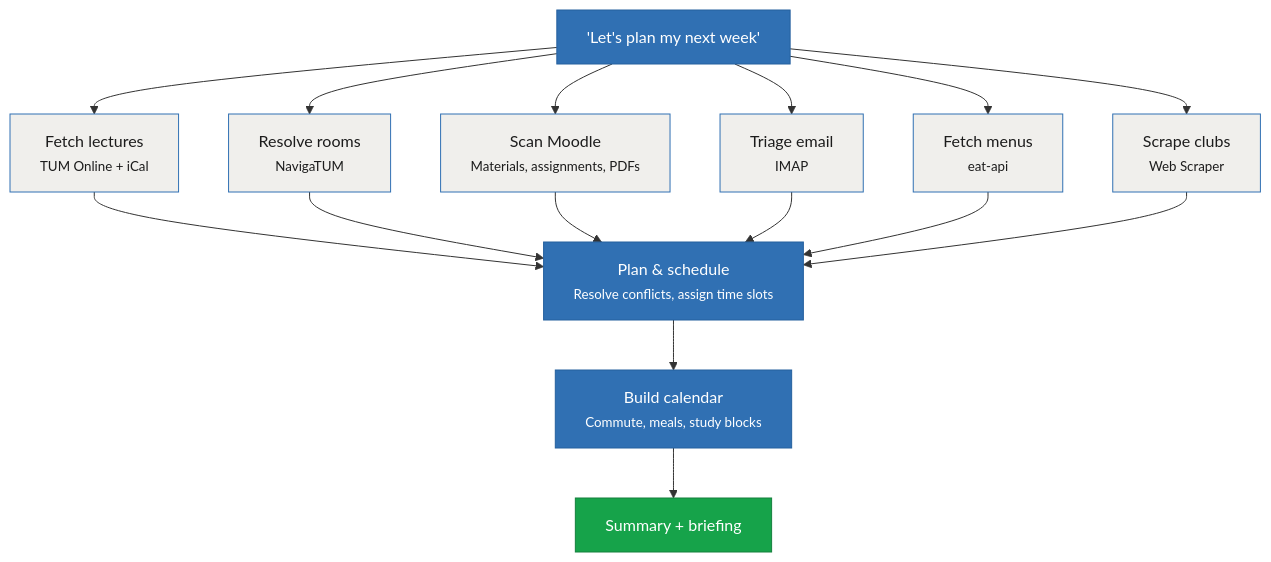
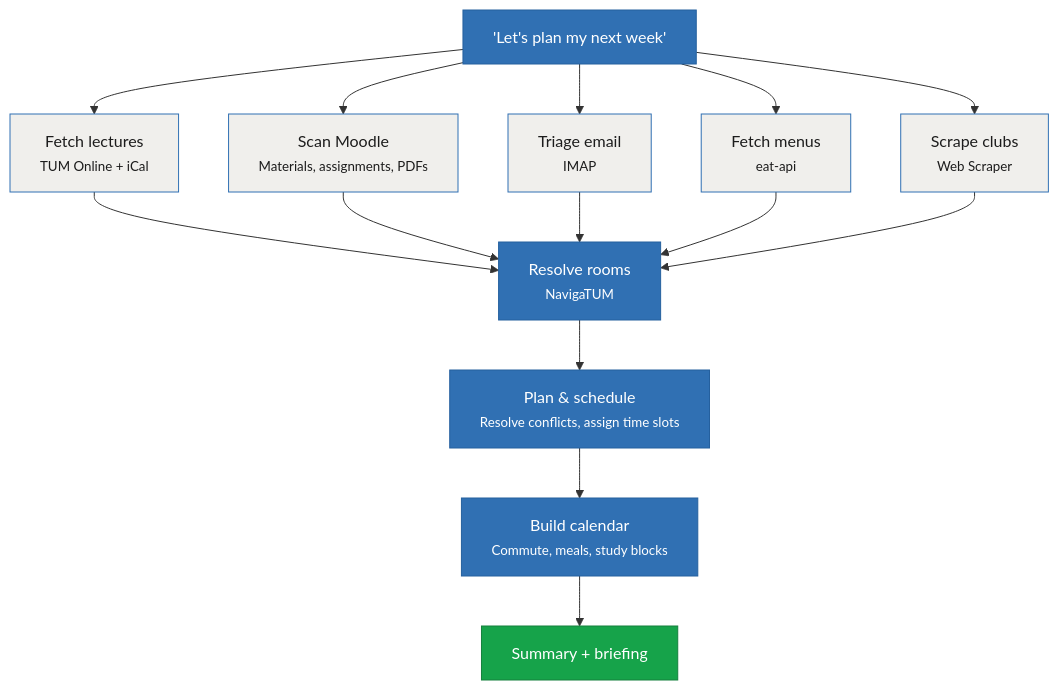
The second of 13 diagrams in pitch-deck/slides.md (neuromaxer/AssisTUM), drawn with Mermaid before and after one commit. The commit also changed 3 other files, not shown here.

````diff
--- a/pitch-deck/slides.md
+++ b/pitch-deck/slides.md
@@ -80,28 +80,27 @@
 ```mermaid {scale: 0.6}
 graph TD
     Q["'Let's plan my next week'"] --> P1
-    Q --> P2
     Q --> P3
     Q --> P4
     Q --> P5
     Q --> P6
-    P1["Fetch lectures<br/><small>TUM Online + iCal</small>"] --> PLAN
+    P1["Fetch lectures<br/><small>TUM Online + iCal</small>"] --> P2
+    P3["Scan Moodle<br/><small>Materials, assignments, PDFs</small>"] --> P2
+    P4["Triage email<br/><small>IMAP</small>"] --> P2
+    P5["Fetch menus<br/><small>eat-api</small>"] --> P2
+    P6["Scrape clubs<br/><small>Web Scraper</small>"] --> P2
     P2["Resolve rooms<br/><small>NavigaTUM</small>"] --> PLAN
-    P3["Scan Moodle<br/><small>Materials, assignments, PDFs</small>"] --> PLAN
-    P4["Triage email<br/><small>IMAP</small>"] --> PLAN
-    P5["Fetch menus<br/><small>eat-api</small>"] --> PLAN
-    P6["Scrape clubs<br/><small>Web Scraper</small>"] --> PLAN
     PLAN["Plan & schedule<br/><small>Resolve conflicts, assign time slots</small>"] --> LOG
     LOG["Build calendar<br/><small>Commute, meals, study blocks</small>"] --> SUM
     SUM["Summary + briefing"]
     style Q fill:#3070b3,stroke:#25609e,color:#ffffff
     style P1 fill:#f0efec,stroke:#3070b3,color:#1c1c1c
-    style P2 fill:#f0efec,stroke:#3070b3,color:#1c1c1c
+    style P2 fill:#3070b3,stroke:#25609e,color:#ffffff
     style P3 fill:#f0efec,stroke:#3070b3,color:#1c1c1c
     style P4 fill:#f0efec,stroke:#3070b3,color:#1c1c1c
     style P5 fill:#f0efec,stroke:#3070b3,color:#1c1c1c
     style P6 fill:#f0efec,stroke:#3070b3,color:#1c1c1c
     style PLAN fill:#3070b3,stroke:#25609e,color:#ffffff
     style LOG fill:#3070b3,stroke:#25609e,color:#ffffff
     style SUM fill:#16a34a,stroke:#15803d,color:#ffffff
 ```
````
